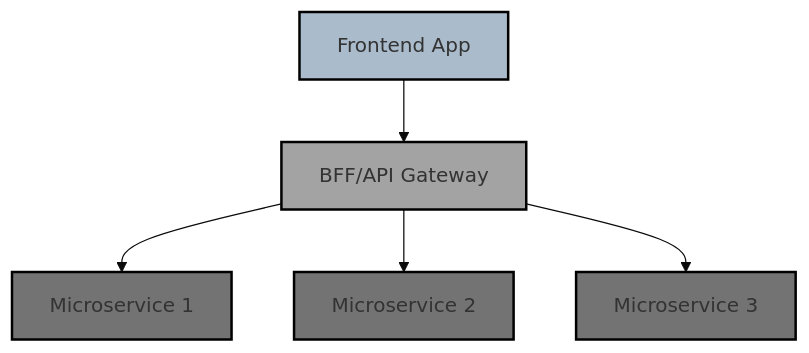
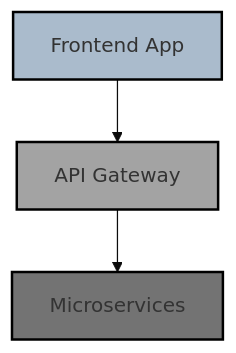
The first of 3 diagrams in blog-post.md (Iteam1337/poc-sso), drawn with Mermaid (base theme) before and after one commit. The commit also changed other lines of this file, not shown here.

Commit message:
refactor: Simplify Mermaid charts for improved readability

````diff
--- a/blog-post.md
+++ b/blog-post.md
@@ -11,13 +11,9 @@
 ```mermaid
 graph TD
-    A[Frontend App] --> B[BFF/API Gateway]
-    B --> C[Microservice 1]
-    B --> D[Microservice 2]
-    B --> E[Microservice 3]
+    A[Frontend App] --> B[API Gateway]
+    B --> C[Microservices]
 
     style A fill:#aabbcc,stroke:#000,stroke-width:2px
     style B fill:#a3a3a3,stroke:#000,stroke-width:2px
     style C fill:#737373,stroke:#000,stroke-width:2px
-    style D fill:#737373,stroke:#000,stroke-width:2px
-    style E fill:#737373,stroke:#000,stroke-width:2px
 ```
````
